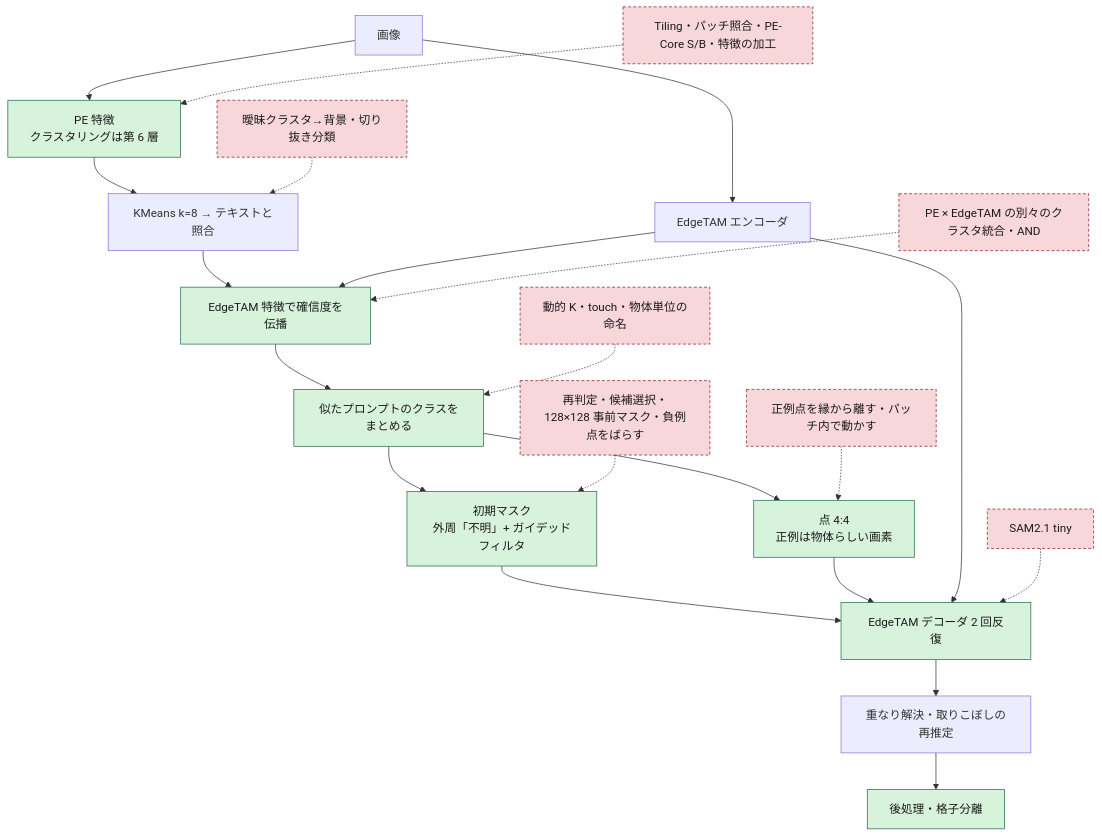
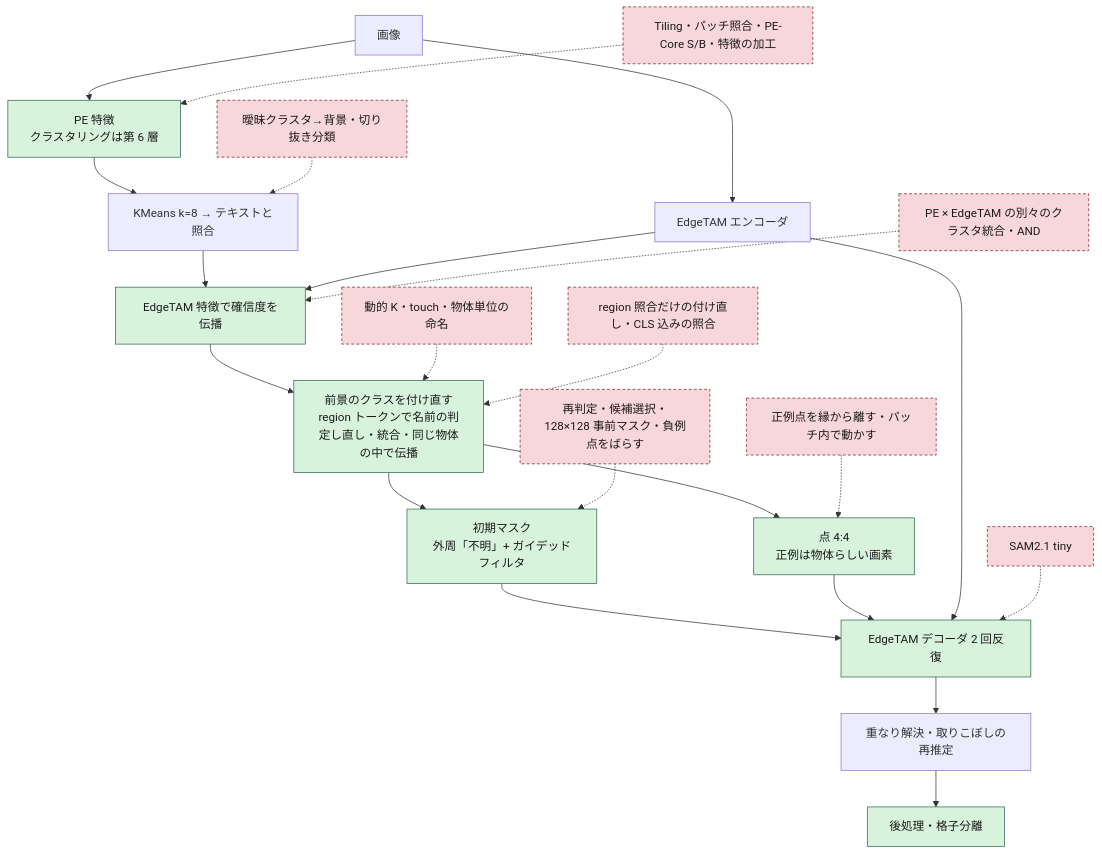
The diagram in docs/method_history.md (fklg-64/pe_anything_detect), drawn with Mermaid before and after one commit. The commit also changed other lines of this file and 15 other files, not shown here.

````diff
--- a/docs/method_history.md
+++ b/docs/method_history.md
@@ -14,29 +14,30 @@
 ```mermaid
 flowchart TD
     IMG["画像"] --> PE["PE 特徴<br/>クラスタリングは第 6 層"]
     IMG --> ET["EdgeTAM エンコーダ"]
     PE --> KM["KMeans k=8 → テキストと照合"]
     KM --> PROP["EdgeTAM 特徴で確信度を伝播"]
     ET --> PROP
-    PROP --> MRG["似たプロンプトのクラスをまとめる"]
-    MRG --> PRIOR["初期マスク<br/>外周「不明」+ ガイデッドフィルタ"]
-    MRG --> PTS["点 4:4<br/>正例は物体らしい画素"]
+    PROP --> RLB["前景のクラスを付け直す<br/>region トークンで名前の判定し直し・統合・同じ物体の中で伝播"]
+    RLB --> PRIOR["初期マスク<br/>外周「不明」+ ガイデッドフィルタ"]
+    RLB --> PTS["点 4:4<br/>正例は物体らしい画素"]
     PRIOR --> DEC["EdgeTAM デコーダ 2 回反復"]
     PTS --> DEC
     ET --> DEC
     DEC --> RES["重なり解決・取りこぼしの再推定"]
     RES --> POST["後処理・格子分離"]
 
     X1["Tiling・パッチ照合・PE-Core S/B・特徴の加工"] -.-> PE
     X2["曖昧クラスタ→背景・切り抜き分類"] -.-> KM
     X3["PE × EdgeTAM の別々のクラスタ統合・AND"] -.-> PROP
-    X4["動的 K・touch・物体単位の命名"] -.-> MRG
+    X4["動的 K・touch・物体単位の命名"] -.-> RLB
+    X8["region 照合だけの付け直し・CLS 込みの照合"] -.-> RLB
     X5["再判定・候補選択・128×128 事前マスク・負例点をばらす"] -.-> PRIOR
     X6["正例点を縁から離す・パッチ内で動かす"] -.-> PTS
     X7["SAM2.1 tiny"] -.-> DEC
 
     classDef adopted fill:#d8f3dc,stroke:#2d6a4f,color:#1b1b1b;
     classDef rejected fill:#f8d7da,stroke:#842029,stroke-dasharray:4 3,color:#1b1b1b;
-    class PE,PROP,MRG,PRIOR,PTS,DEC,POST adopted;
-    class X1,X2,X3,X4,X5,X6,X7 rejected;
+    class PE,PROP,RLB,PRIOR,PTS,DEC,POST adopted;
+    class X1,X2,X3,X4,X5,X6,X7,X8 rejected;
 ```
````
